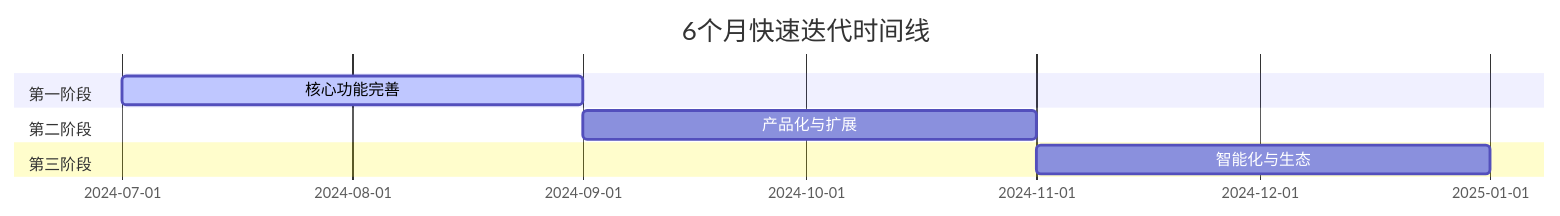
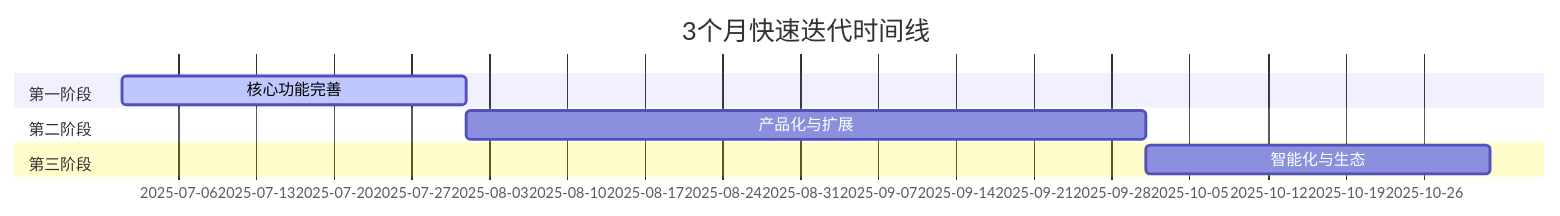
One commit to flanliulf/AI-Copyright-Application-Generator changed the diagram in ROADMAP.md. Above: the diagram before and after it, drawn with Mermaid. The commit also changed other lines of this file and 35 other files, not shown here.

````diff
--- a/ROADMAP.md
+++ b/ROADMAP.md
@@ -125,11 +125,11 @@
 ```mermaid
 gantt
-    title 6个月快速迭代时间线
+    title 3个月快速迭代时间线
     dateFormat  YYYY-MM-DD
     section 第一阶段
-    核心功能完善     :active, v2, 2024-07-01, 2M
+    核心功能完善     :active, v2, 2025-07-01, 1M
     section 第二阶段  
     产品化与扩展     :v3, after v2, 2M
     section 第三阶段
-    智能化与生态     :v4, after v3, 2M
+    智能化与生态     :v4, after v3, 1M
 ```
````
